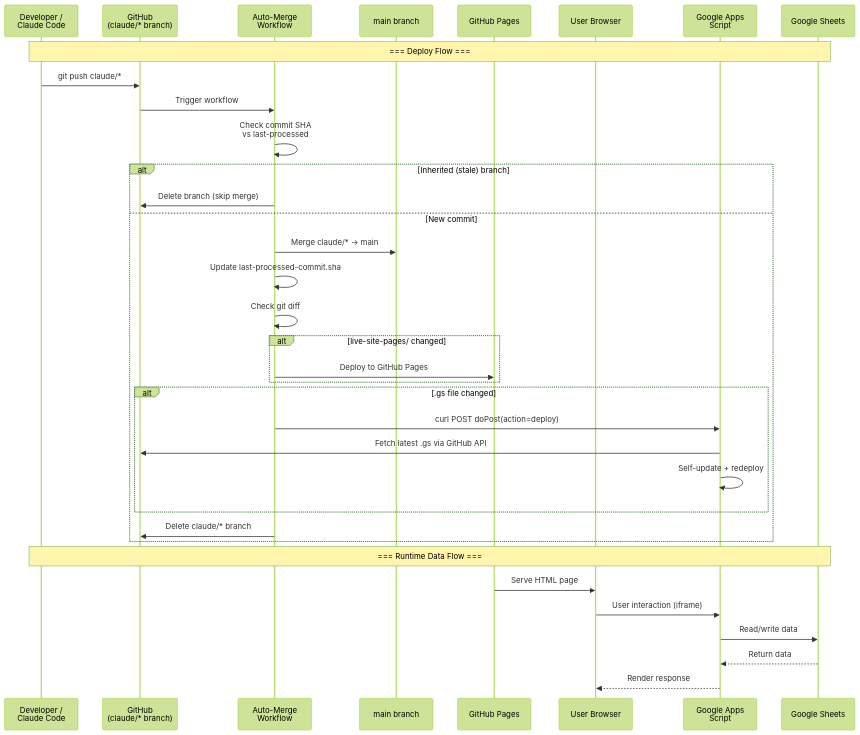
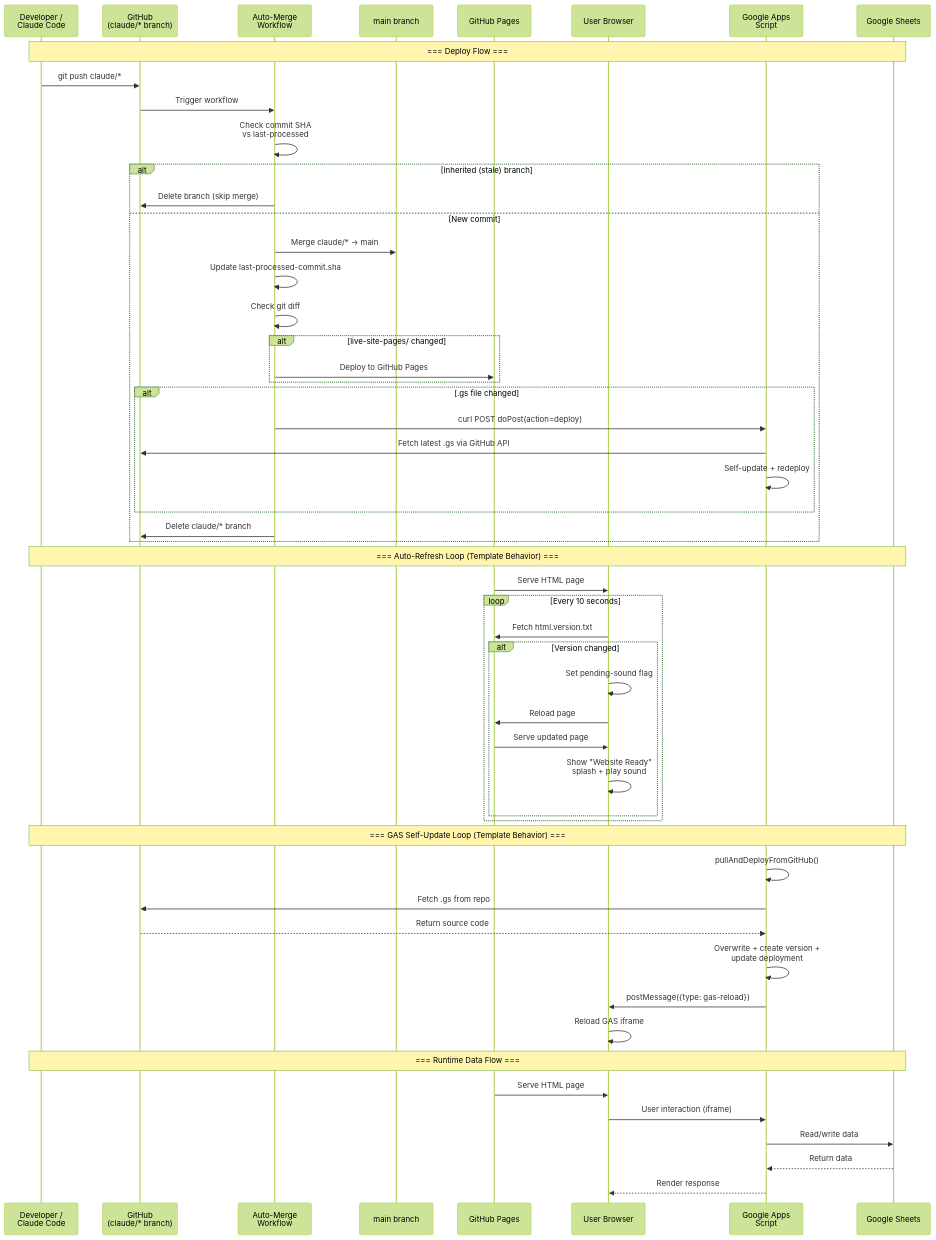
The second of 8 diagrams in repository-information/REPO-ARCHITECTURE.md (ShadowAISolutions/saistemplateprojectrepo), drawn with Mermaid (forest theme) before and after one commit. The commit also changed other lines of this file and 4 other files, not shown here.

First line of the commit message:
v02.00r Re-add template-level auto-refresh and GAS self-update diagrams to REPO-ARCHITECTURE.md

````diff
--- a/repository-information/REPO-ARCHITECTURE.md
+++ b/repository-information/REPO-ARCHITECTURE.md
@@ -122,41 +122,63 @@
 ```mermaid
 sequenceDiagram
     participant Dev as Developer /<br/>Claude Code
     participant GH as GitHub<br/>(claude/* branch)
     participant WF as Auto-Merge<br/>Workflow
     participant Main as main branch
     participant Pages as GitHub Pages
     participant Browser as User Browser
     participant GAS as Google Apps<br/>Script
     participant Sheets as Google Sheets
 
     Note over Dev,Sheets: === Deploy Flow ===
 
     Dev->>GH: git push claude/*
     GH->>WF: Trigger workflow
     WF->>WF: Check commit SHA<br/>vs last-processed
     alt Inherited (stale) branch
         WF->>GH: Delete branch (skip merge)
     else New commit
         WF->>Main: Merge claude/* → main
         WF->>WF: Update last-processed-commit.sha
         WF->>WF: Check git diff
         alt live-site-pages/ changed
             WF->>Pages: Deploy to GitHub Pages
         end
         alt .gs file changed
             WF->>GAS: curl POST doPost(action=deploy)
             GAS->>GH: Fetch latest .gs via GitHub API
             GAS->>GAS: Self-update + redeploy
         end
         WF->>GH: Delete claude/* branch
     end
 
+    Note over Dev,Sheets: === Auto-Refresh Loop (Template Behavior) ===
+
+    Pages->>Browser: Serve HTML page
+    loop Every 10 seconds
+        Browser->>Pages: Fetch html.version.txt
+        alt Version changed
+            Browser->>Browser: Set pending-sound flag
+            Browser->>Pages: Reload page
+            Pages->>Browser: Serve updated page
+            Browser->>Browser: Show "Website Ready"<br/>splash + play sound
+        end
+    end
+
+    Note over Dev,Sheets: === GAS Self-Update Loop (Template Behavior) ===
+
+    GAS->>GAS: pullAndDeployFromGitHub()
+    GAS->>GH: Fetch .gs from repo
+    GH-->>GAS: Return source code
+    GAS->>GAS: Overwrite + create version +<br/>update deployment
+    GAS->>Browser: postMessage({type: gas-reload})
+    Browser->>Browser: Reload GAS iframe
+
     Note over Dev,Sheets: === Runtime Data Flow ===
 
     Pages->>Browser: Serve HTML page
     Browser->>GAS: User interaction (iframe)
     GAS->>Sheets: Read/write data
     Sheets-->>GAS: Return data
     GAS-->>Browser: Render response
 ```
````
